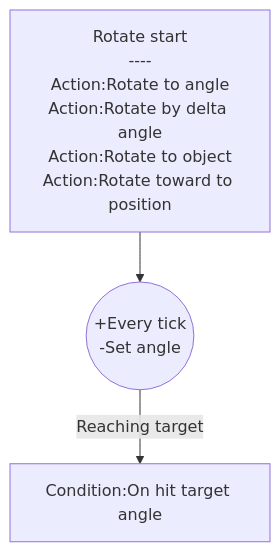
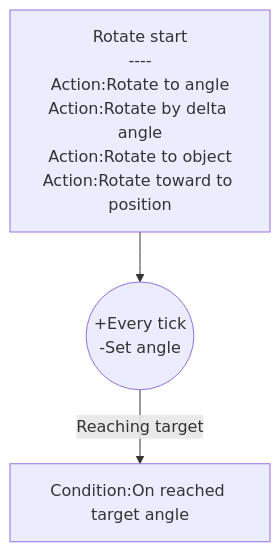
Before and after one commit to Jayed2016/C3RexDoc: the diagram in plugins.md/rex_rotateto.md, drawn with Mermaid. The commit also changed other lines of this file and 2 other files, not shown here.

````diff
--- a/plugins.md/rex_rotateto.md
+++ b/plugins.md/rex_rotateto.md
@@ -23,5 +23,5 @@
 ```mermaid
 graph TB
 Start["Rotate start<br>----<br>Action:Rotate to angle<br>Action:Rotate by delta angle<br>Action:Rotate to object<br>Action:Rotate toward to position"] --> Moving((+Every tick<br>-Set angle))
-Moving --> |Reaching target| OnHitTarget["Condition:On hit target angle"]
+Moving --> |Reaching target| OnHitTarget["Condition:On reached target angle"]
 ```
````
